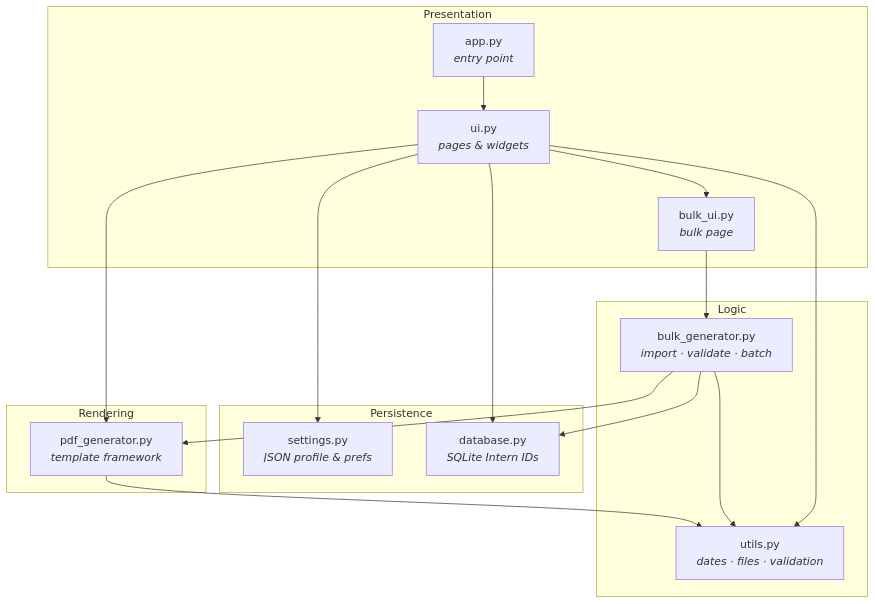
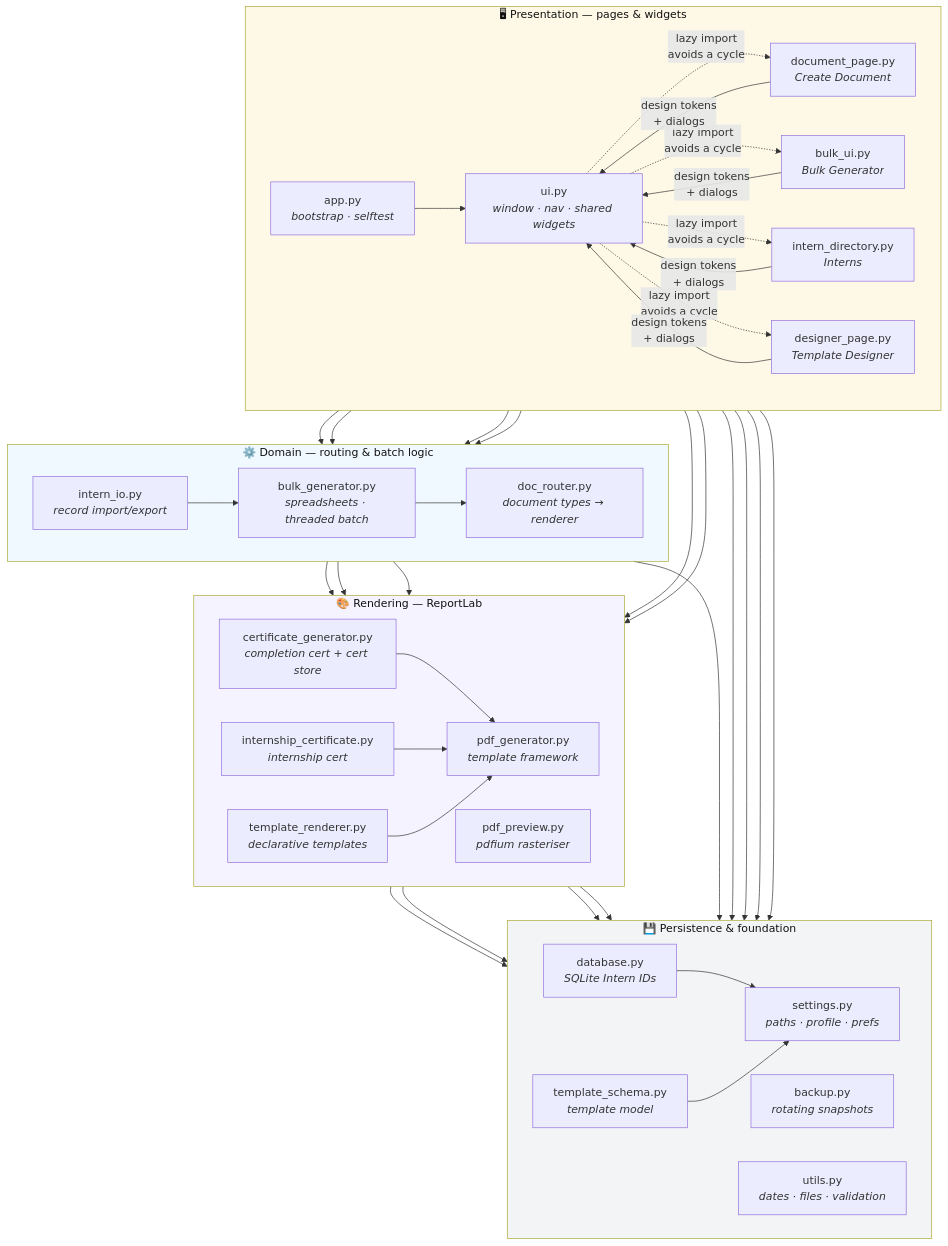
Before and after one commit to amangovindrao/CertiFlow: the third of 5 diagrams in README.md, drawn with Mermaid. The commit also changed other lines of this file and 33 other files, not shown here.

````diff
--- a/README.md
+++ b/README.md
@@ -134,24 +151,64 @@
 ```mermaid
 flowchart TD
-    subgraph Presentation
-        APP[app.py<br/><i>entry point</i>]
-        UI[ui.py<br/><i>pages &amp; widgets</i>]
-        BULKUI[bulk_ui.py<br/><i>bulk page</i>]
+    subgraph L1["🖥 Presentation — pages &amp; widgets"]
+        direction LR
+        APP["app.py<br/><i>bootstrap · selftest</i>"]
+        UI["ui.py<br/><i>window · nav · shared widgets</i>"]
+        DOCP["document_page.py<br/><i>Create Document</i>"]
+        BULKUI["bulk_ui.py<br/><i>Bulk Generator</i>"]
+        IDIR["intern_directory.py<br/><i>Interns</i>"]
+        DESP["designer_page.py<br/><i>Template Designer</i>"]
     end
-    subgraph Logic
-        UTILS[utils.py<br/><i>dates · files · validation</i>]
-        BULK[bulk_generator.py<br/><i>import · validate · batch</i>]
+
+    subgraph L2["⚙️ Domain — routing &amp; batch logic"]
+        direction LR
+        ROUTER["doc_router.py<br/><i>document types → renderer</i>"]
+        BULK["bulk_generator.py<br/><i>spreadsheets · threaded batch</i>"]
+        IIO["intern_io.py<br/><i>record import/export</i>"]
     end
-    subgraph Persistence
-        SET[settings.py<br/><i>JSON profile &amp; prefs</i>]
-        DBM[database.py<br/><i>SQLite Intern IDs</i>]
+
+    subgraph L3["🎨 Rendering — ReportLab"]
+        direction LR
+        PDF["pdf_generator.py<br/><i>template framework</i>"]
+        CERT["certificate_generator.py<br/><i>completion cert + cert store</i>"]
+        ICERT["internship_certificate.py<br/><i>internship cert</i>"]
+        TREND["template_renderer.py<br/><i>declarative templates</i>"]
+        PREV["pdf_preview.py<br/><i>pdfium rasteriser</i>"]
     end
-    subgraph Rendering
-        PDF[pdf_generator.py<br/><i>template framework</i>]
+
+    subgraph L4["💾 Persistence &amp; foundation"]
+        direction LR
+        SET["settings.py<br/><i>paths · profile · prefs</i>"]
+        DBM["database.py<br/><i>SQLite Intern IDs</i>"]
+        TSCH["template_schema.py<br/><i>template model</i>"]
+        BAK["backup.py<br/><i>rotating snapshots</i>"]
+        UTILS["utils.py<br/><i>dates · files · validation</i>"]
     end
-    APP --> UI --> BULKUI
-    UI --> UTILS & SET & DBM & PDF
+
+    APP --> UI
+    UI -.->|"lazy import<br/>avoids a cycle"| DOCP & BULKUI & IDIR & DESP
+    DOCP & BULKUI & IDIR & DESP -->|"design tokens<br/>+ dialogs"| UI
+
+    DOCP & IDIR --> ROUTER
     BULKUI --> BULK
-    BULK --> PDF & DBM & UTILS
-    PDF --> UTILS
+    IDIR --> IIO
+    BULK --> ROUTER
+    IIO --> BULK
+
+    ROUTER --> CERT & ICERT & TREND
+    DOCP --> PREV
+    CERT & ICERT & TREND --> PDF
+    TREND --> TSCH
+    DESP --> TREND & TSCH
+
+    UI --> DBM & BAK
+    IDIR --> BAK
+    PDF & CERT & DBM & TSCH --> SET
+    L3 --> UTILS
+    L2 --> UTILS
+
+    style L1 fill:#FEF9E7,color:#111
+    style L2 fill:#F0F9FF,color:#111
+    style L3 fill:#F5F3FF,color:#111
+    style L4 fill:#F3F4F6,color:#111
 ```
````
